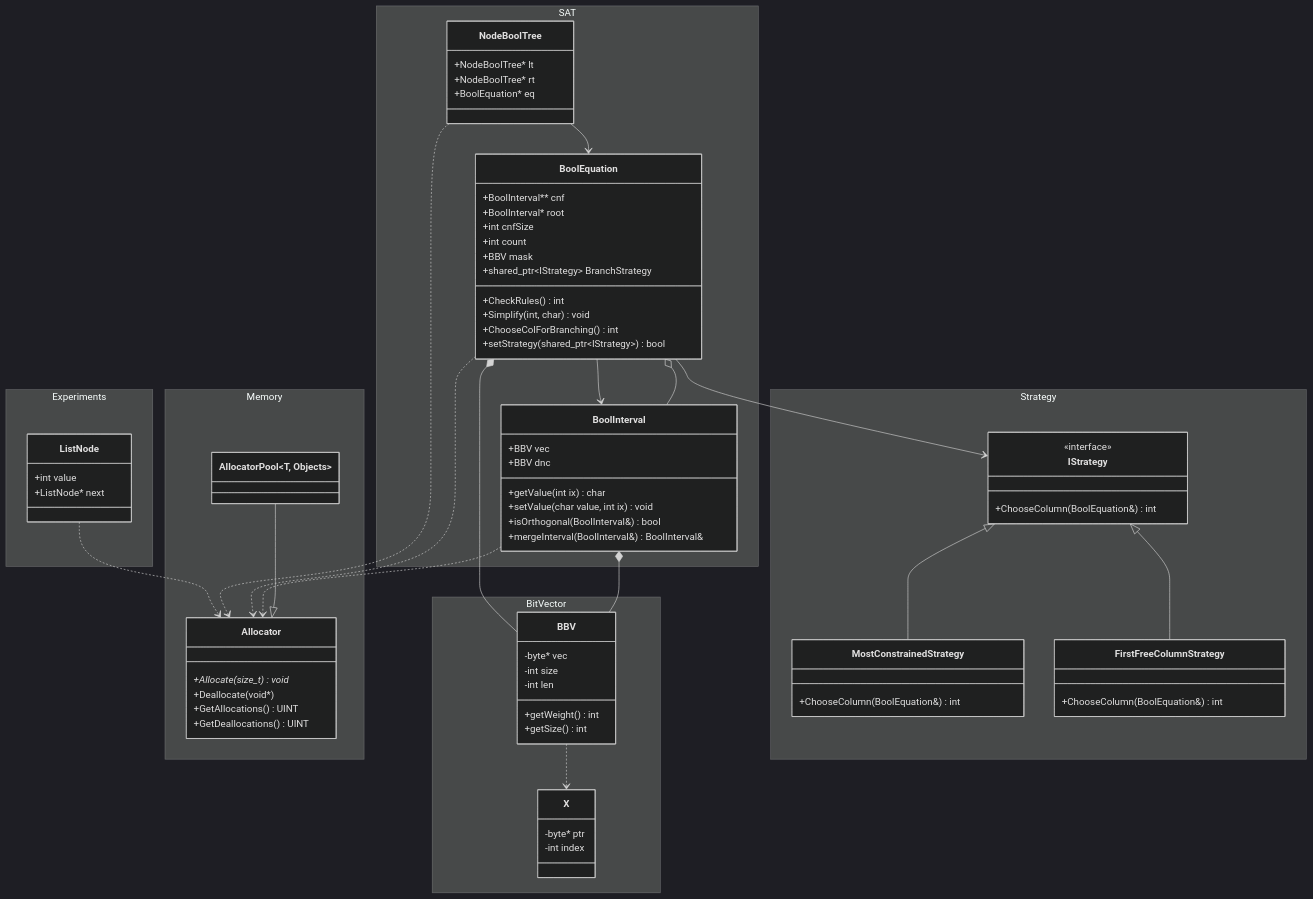
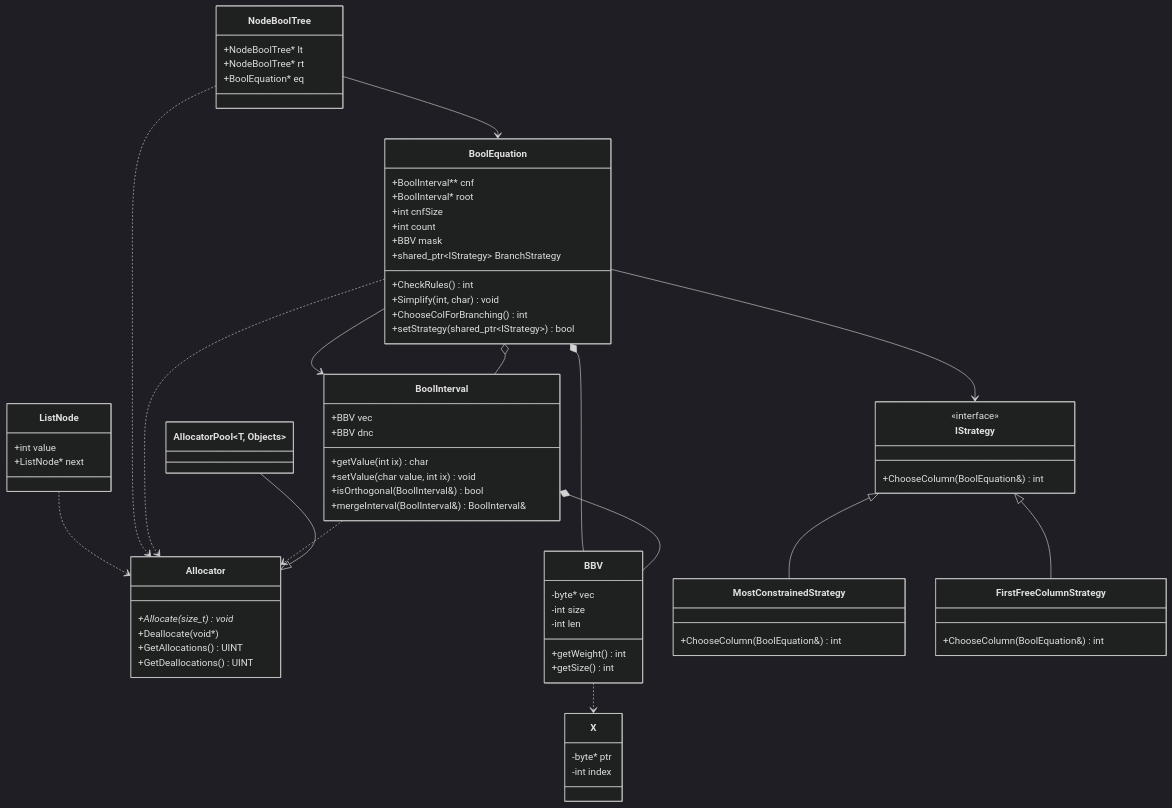
Before and after one commit to ytochkaa/integration_of_the_memory_allocation_mechanism: the diagram in README.md, drawn with Mermaid (dark theme).

Commit message:
docs: убраны namespace из UML-диаграммы

````diff
--- a/README.md
+++ b/README.md
@@ -9,81 +9,66 @@
 ```mermaid
 classDiagram
-    namespace Memory {
-        class Allocator {
-            +Allocate(size_t) void*
-            +Deallocate(void*)
-            +GetAllocations() UINT
-            +GetDeallocations() UINT
-        }
-        class AllocatorPool~T, Objects~
+    class Allocator {
+        +Allocate(size_t) void*
+        +Deallocate(void*)
+        +GetAllocations() UINT
+        +GetDeallocations() UINT
     }
-
-    namespace BitVector {
-        class X {
-            -byte* ptr
-            -int index
-        }
-        class BBV {
-            -byte* vec
-            -int size
-            -int len
-            +getWeight() int
-            +getSize() int
-        }
+    class AllocatorPool~T, Objects~
+    class X {
+        -byte* ptr
+        -int index
     }
-
-    namespace Strategy {
-        class IStrategy {
-            <<interface>>
-            +ChooseColumn(BoolEquation&) int
-        }
-        class MostConstrainedStrategy {
-            +ChooseColumn(BoolEquation&) int
-        }
-        class FirstFreeColumnStrategy {
-            +ChooseColumn(BoolEquation&) int
-        }
+    class BBV {
+        -byte* vec
+        -int size
+        -int len
+        +getWeight() int
+        +getSize() int
     }
-
-    namespace SAT {
-        class BoolInterval {
-            +BBV vec
-            +BBV dnc
-            +getValue(int ix) char
-            +setValue(char value, int ix) void
-            +isOrthogonal(BoolInterval&) bool
-            +mergeInterval(BoolInterval&) BoolInterval&
-        }
-        class BoolEquation {
-            +BoolInterval** cnf
-            +BoolInterval* root
-            +int cnfSize
-            +int count
-            +BBV mask
-            +shared_ptr~IStrategy~ BranchStrategy
-            +CheckRules() int
-            +Simplify(int, char) void
-            +ChooseColForBranching() int
-            +setStrategy(shared_ptr~IStrategy~) bool
-        }
-        class NodeBoolTree {
-            +NodeBoolTree* lt
-            +NodeBoolTree* rt
-            +BoolEquation* eq
-        }
+    class IStrategy {
+        <<interface>>
+        +ChooseColumn(BoolEquation&) int
     }
-
-    namespace Experiments {
-        class ListNode {
-            +int value
-            +ListNode* next
-        }
+    class MostConstrainedStrategy {
+        +ChooseColumn(BoolEquation&) int
+    }
+    class FirstFreeColumnStrategy {
+        +ChooseColumn(BoolEquation&) int
+    }
+    class BoolInterval {
+        +BBV vec
+        +BBV dnc
+        +getValue(int ix) char
+        +setValue(char value, int ix) void
+        +isOrthogonal(BoolInterval&) bool
+        +mergeInterval(BoolInterval&) BoolInterval&
+    }
+    class BoolEquation {
+        +BoolInterval** cnf
+        +BoolInterval* root
+        +int cnfSize
+        +int count
+        +BBV mask
+        +shared_ptr~IStrategy~ BranchStrategy
+        +CheckRules() int
+        +Simplify(int, char) void
+        +ChooseColForBranching() int
+        +setStrategy(shared_ptr~IStrategy~) bool
+    }
+    class NodeBoolTree {
+        +NodeBoolTree* lt
+        +NodeBoolTree* rt
+        +BoolEquation* eq
+    }
+    class ListNode {
+        +int value
+        +ListNode* next
     }
 
     AllocatorPool --|> Allocator
     IStrategy <|-- MostConstrainedStrategy
     IStrategy <|-- FirstFreeColumnStrategy
-
     BBV ..> X
     BoolInterval *-- BBV
     BoolEquation *-- BBV
@@ -91,7 +76,6 @@
     BoolEquation --> BoolInterval
     BoolEquation --> IStrategy
     NodeBoolTree --> BoolEquation
-
     BoolInterval ..> Allocator
     BoolEquation ..> Allocator
     NodeBoolTree ..> Allocator
````
